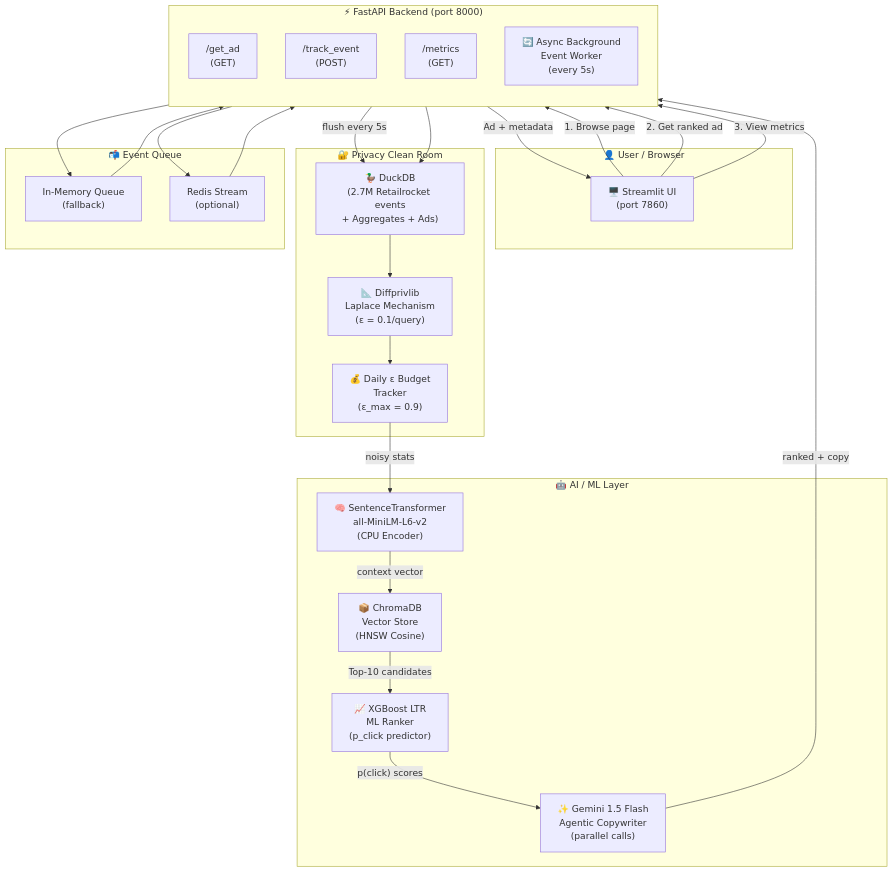
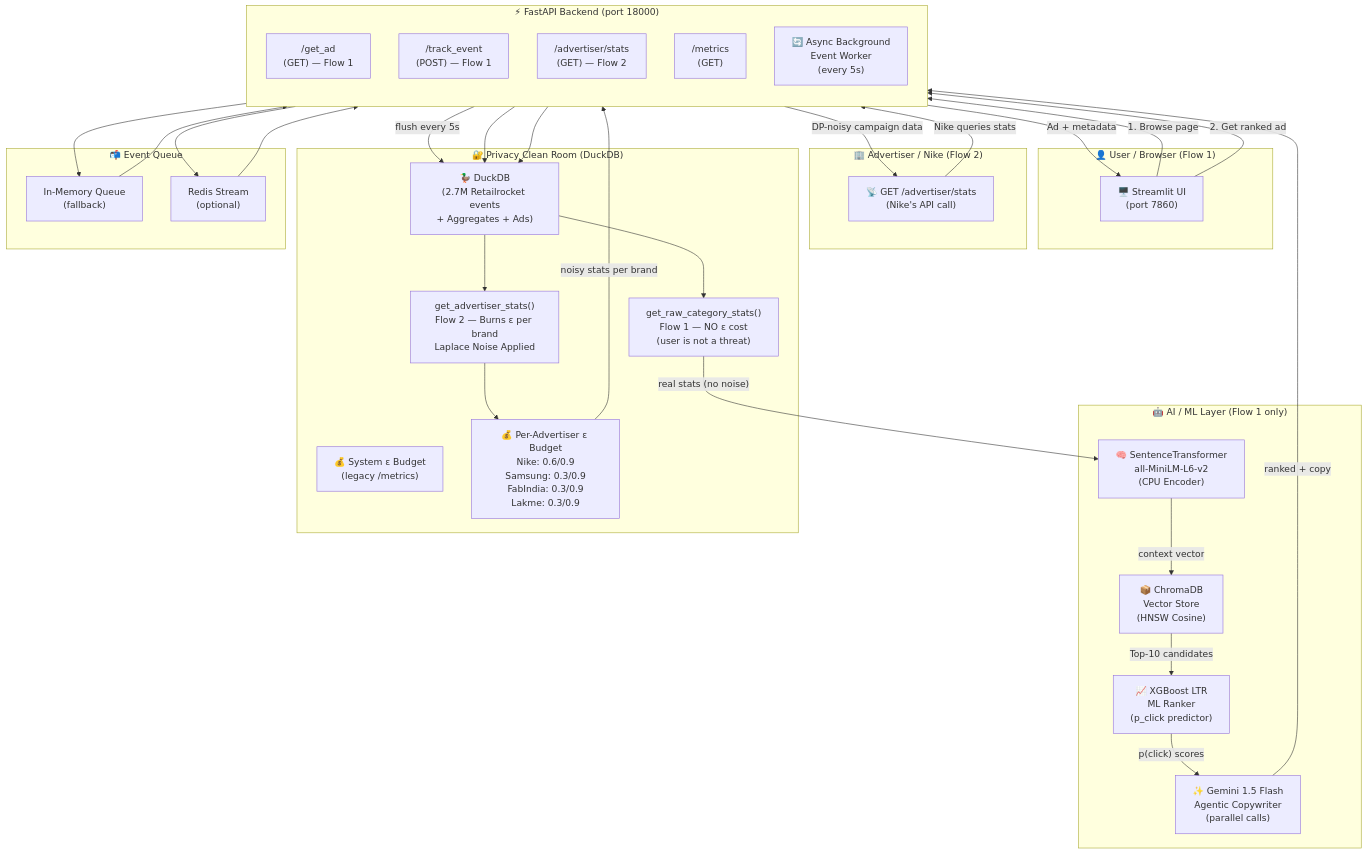
One commit to shubham0915/rmn-shyftlabs changed the first of 8 diagrams in README.md. Above: the diagram before and after it, drawn with Mermaid. The commit also changed other lines of this file and 4 other files, not shown here.

````diff
--- a/README.md
+++ b/README.md
@@ -34,52 +59,64 @@
 ```mermaid
 flowchart TB
-    subgraph USER["👤 User / Browser"]
+    subgraph USERS["👤 User / Browser (Flow 1)"]
         UI["🖥️ Streamlit UI\n(port 7860)"]
     end
 
-    subgraph API["⚡ FastAPI Backend (port 8000)"]
+    subgraph ADVERTISERS["🏢 Advertiser / Nike (Flow 2)"]
+        ADV["📡 GET /advertiser/stats\n(Nike's API call)"]
+    end
+
+    subgraph API["⚡ FastAPI Backend (port 18000)"]
         direction TB
-        EP_AD["/get_ad\n(GET)"]
-        EP_TRACK["/track_event\n(POST)"]
+        EP_AD["/get_ad\n(GET) — Flow 1"]
+        EP_TRACK["/track_event\n(POST) — Flow 1"]
+        EP_ADV["/advertiser/stats\n(GET) — Flow 2"]
         EP_METRICS["/metrics\n(GET)"]
         WORKER["🔄 Async Background\nEvent Worker\n(every 5s)"]
     end
 
-    subgraph AI["🤖 AI / ML Layer"]
+    subgraph AI["🤖 AI / ML Layer (Flow 1 only)"]
         EMBED["🧠 SentenceTransformer\nall-MiniLM-L6-v2\n(CPU Encoder)"]
         CHROMA["📦 ChromaDB\nVector Store\n(HNSW Cosine)"]
         XGB["📈 XGBoost LTR\nML Ranker\n(p_click predictor)"]
         GEMINI["✨ Gemini 1.5 Flash\nAgentic Copywriter\n(parallel calls)"]
     end
 
-    subgraph PRIVACY["🔐 Privacy Clean Room"]
+    subgraph PRIVACY["🔐 Privacy Clean Room (DuckDB)"]
         DUCK["🦆 DuckDB\n(2.7M Retailrocket events\n+ Aggregates + Ads)"]
-        DP["📐 Diffprivlib\nLaplace Mechanism\n(ε = 0.1/query)"]
-        BUDGET["💰 Daily ε Budget\nTracker\n(ε_max = 0.9)"]
+        RAW["get_raw_category_stats()\nFlow 1 — NO ε cost\n(user is not a threat)"]
+        DP["get_advertiser_stats()\nFlow 2 — Burns ε per brand\nLaplace Noise Applied"]
+        SYS_BUDGET["💰 System ε Budget\n(legacy /metrics)"]
+        ADV_BUDGET["💰 Per-Advertiser ε Budget\nNike: 0.6/0.9\nSamsung: 0.3/0.9\nFabIndia: 0.3/0.9\nLakme: 0.3/0.9"]
     end
 
     subgraph QUEUE["📬 Event Queue"]
         MEM["In-Memory Queue\n(fallback)"]
         REDIS["Redis Stream\n(optional)"]
     end
 
     UI -->|"1. Browse page"| EP_TRACK
     UI -->|"2. Get ranked ad"| EP_AD
-    UI -->|"3. View metrics"| EP_METRICS
+    ADV -->|"Nike queries stats"| EP_ADV
 
     EP_TRACK --> MEM
     EP_TRACK --> REDIS
     MEM --> WORKER
     REDIS --> WORKER
     WORKER -->|"flush every 5s"| DUCK
 
     EP_AD --> DUCK
-    DUCK --> DP
-    DP --> BUDGET
-    BUDGET -->|"noisy stats"| EMBED
+    DUCK --> RAW
+    RAW -->|"real stats (no noise)"| EMBED
     EMBED -->|"context vector"| CHROMA
     CHROMA -->|"Top-10 candidates"| XGB
     XGB -->|"p(click) scores"| GEMINI
     GEMINI -->|"ranked + copy"| EP_AD
     EP_AD -->|"Ad + metadata"| UI
+
+    EP_ADV --> DUCK
+    DUCK --> DP
+    DP --> ADV_BUDGET
+    ADV_BUDGET -->|"noisy stats per brand"| EP_ADV
+    EP_ADV -->|"DP-noisy campaign data"| ADV
 ```
````
